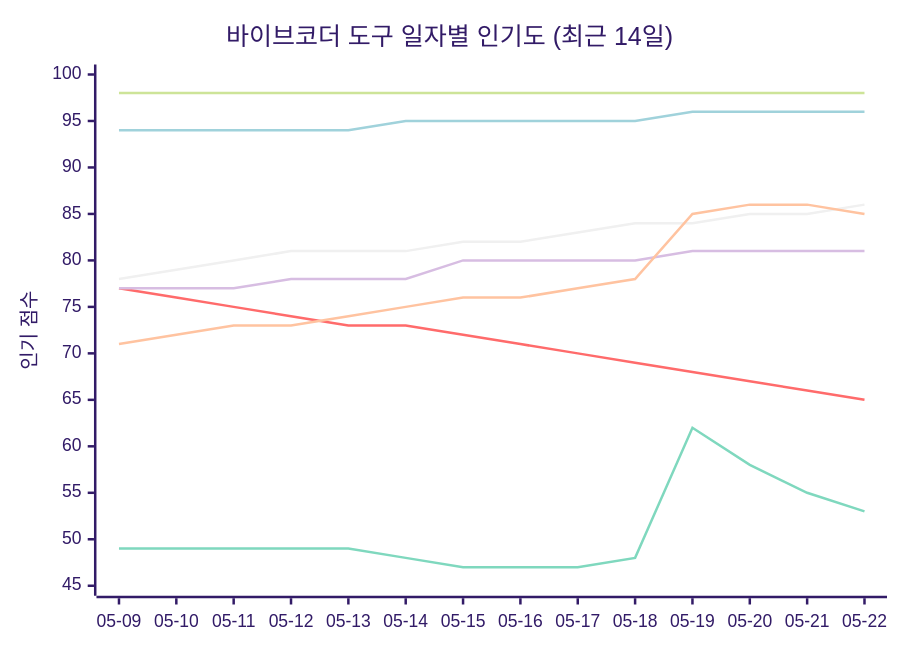
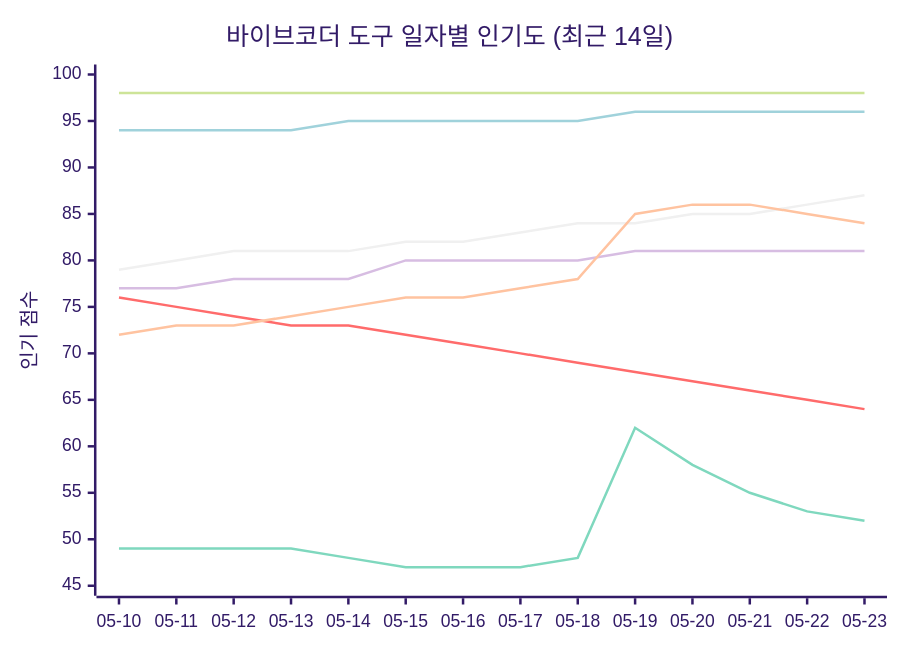
The seventh of 11 diagrams in README_ko.md (tykimos/ai-whatchelin), drawn with Mermaid (forest theme) before and after one commit. The commit also changed other lines of this file and 4 other files, not shown here.

````diff
--- a/README_ko.md
+++ b/README_ko.md
@@ -953,13 +972,13 @@
 ```mermaid
 xychart-beta
     title "바이브코더 도구 일자별 인기도 (최근 14일)"
-    x-axis ["05-09", "05-10", "05-11", "05-12", "05-13", "05-14", "05-15", "05-16", "05-17", "05-18", "05-19", "05-20", "05-21", "05-22"]
+    x-axis ["05-10", "05-11", "05-12", "05-13", "05-14", "05-15", "05-16", "05-17", "05-18", "05-19", "05-20", "05-21", "05-22", "05-23"]
     y-axis "인기 점수" 45 --> 100
     line "Claude Code" [98, 98, 98, 98, 98, 98, 98, 98, 98, 98, 98, 98, 98, 98]
-    line "GH Copilot" [77, 76, 75, 74, 73, 73, 72, 71, 70, 69, 68, 67, 66, 65]
-    line "Cursor" [94, 94, 94, 94, 94, 95, 95, 95, 95, 95, 96, 96, 96, 96]
-    line "Windsurf" [77, 77, 77, 78, 78, 78, 80, 80, 80, 80, 81, 81, 81, 81]
-    line "Codex CLI" [78, 79, 80, 81, 81, 81, 82, 82, 83, 84, 84, 85, 85, 86]
-    line "Gemini CLI" [71, 72, 73, 73, 74, 75, 76, 76, 77, 78, 85, 86, 86, 85]
-    line "Antigravity" [49, 49, 49, 49, 49, 48, 47, 47, 47, 48, 62, 58, 55, 53]
+    line "GH Copilot" [76, 75, 74, 73, 73, 72, 71, 70, 69, 68, 67, 66, 65, 64]
+    line "Cursor" [94, 94, 94, 94, 95, 95, 95, 95, 95, 96, 96, 96, 96, 96]
+    line "Windsurf" [77, 77, 78, 78, 78, 80, 80, 80, 80, 81, 81, 81, 81, 81]
+    line "Codex CLI" [79, 80, 81, 81, 81, 82, 82, 83, 84, 84, 85, 85, 86, 87]
+    line "Gemini CLI" [72, 73, 73, 74, 75, 76, 76, 77, 78, 85, 86, 86, 85, 84]
+    line "Antigravity" [49, 49, 49, 49, 48, 47, 47, 47, 48, 62, 58, 55, 53, 52]
 ```
````
